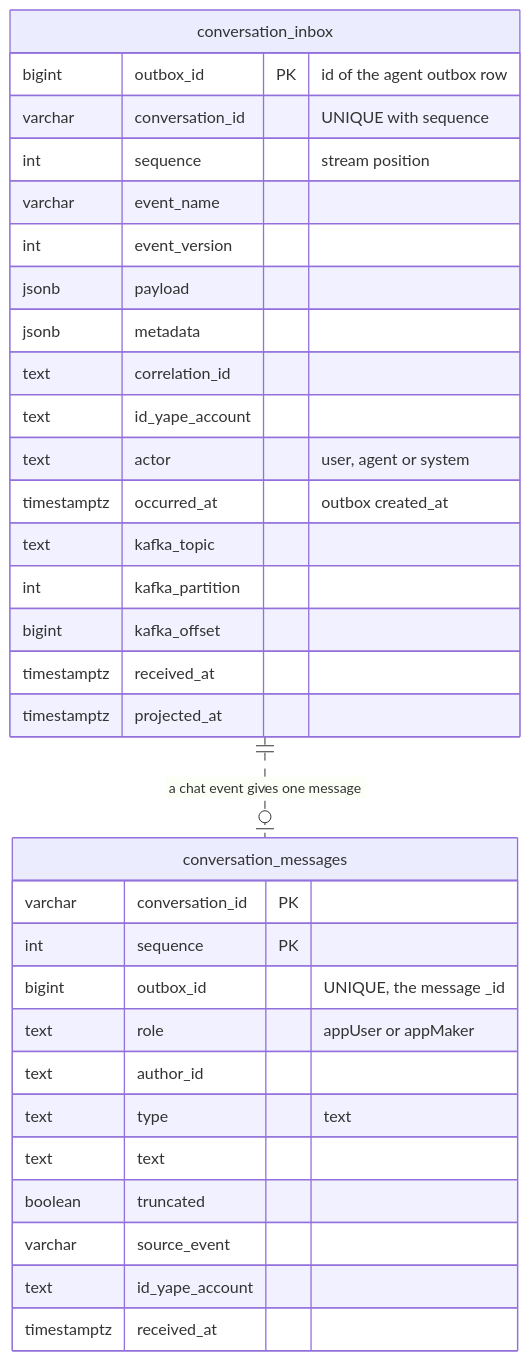
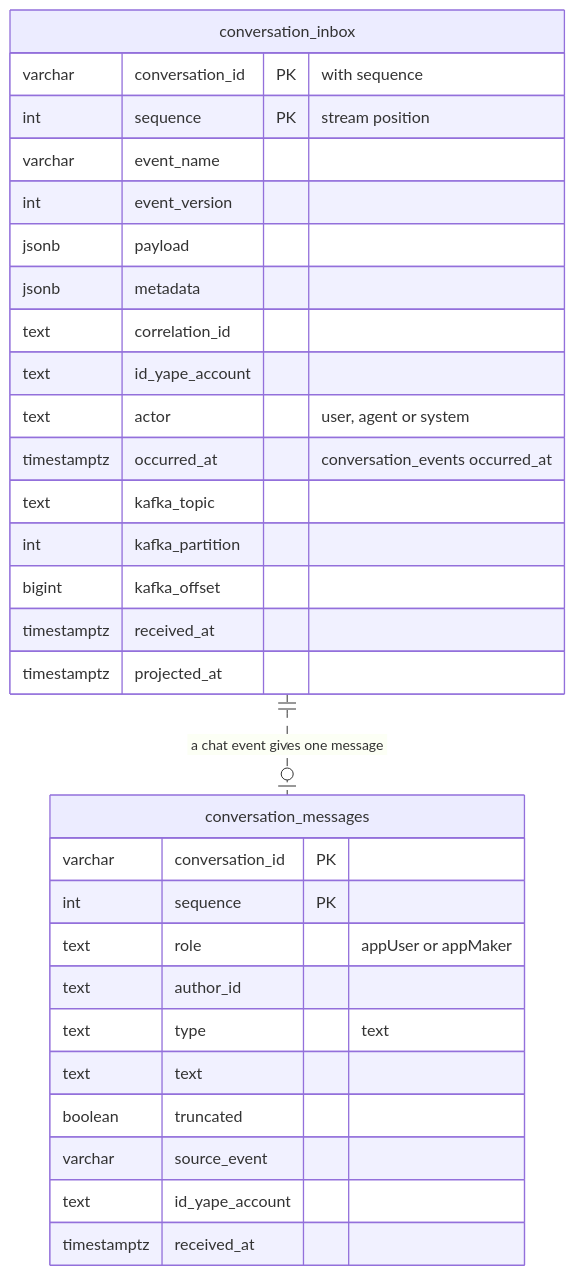
Before and after one commit to m-almeida-p/ms-ml-conv-history-bs: the second of 3 diagrams in docs/design.md, drawn with Mermaid. The commit also changed other lines of this file and 4 other files, not shown here.

````diff
--- a/docs/design.md
+++ b/docs/design.md
@@ -76,35 +89,33 @@
 ```mermaid
 erDiagram
     conversation_inbox {
-        bigint outbox_id PK "id of the agent outbox row"
-        varchar conversation_id "UNIQUE with sequence"
-        int sequence "stream position"
+        varchar conversation_id PK "with sequence"
+        int sequence PK "stream position"
         varchar event_name
         int event_version
         jsonb payload
         jsonb metadata
         text correlation_id
         text id_yape_account
         text actor "user, agent or system"
-        timestamptz occurred_at "outbox created_at"
+        timestamptz occurred_at "conversation_events occurred_at"
         text kafka_topic
         int kafka_partition
         bigint kafka_offset
         timestamptz received_at
         timestamptz projected_at
     }
     conversation_messages {
         varchar conversation_id PK
         int sequence PK
-        bigint outbox_id "UNIQUE, the message _id"
         text role "appUser or appMaker"
         text author_id
         text type "text"
         text text
         boolean truncated
         varchar source_event
         text id_yape_account
         timestamptz received_at
     }
     conversation_inbox ||..o| conversation_messages : "a chat event gives one message"
 ```
````
